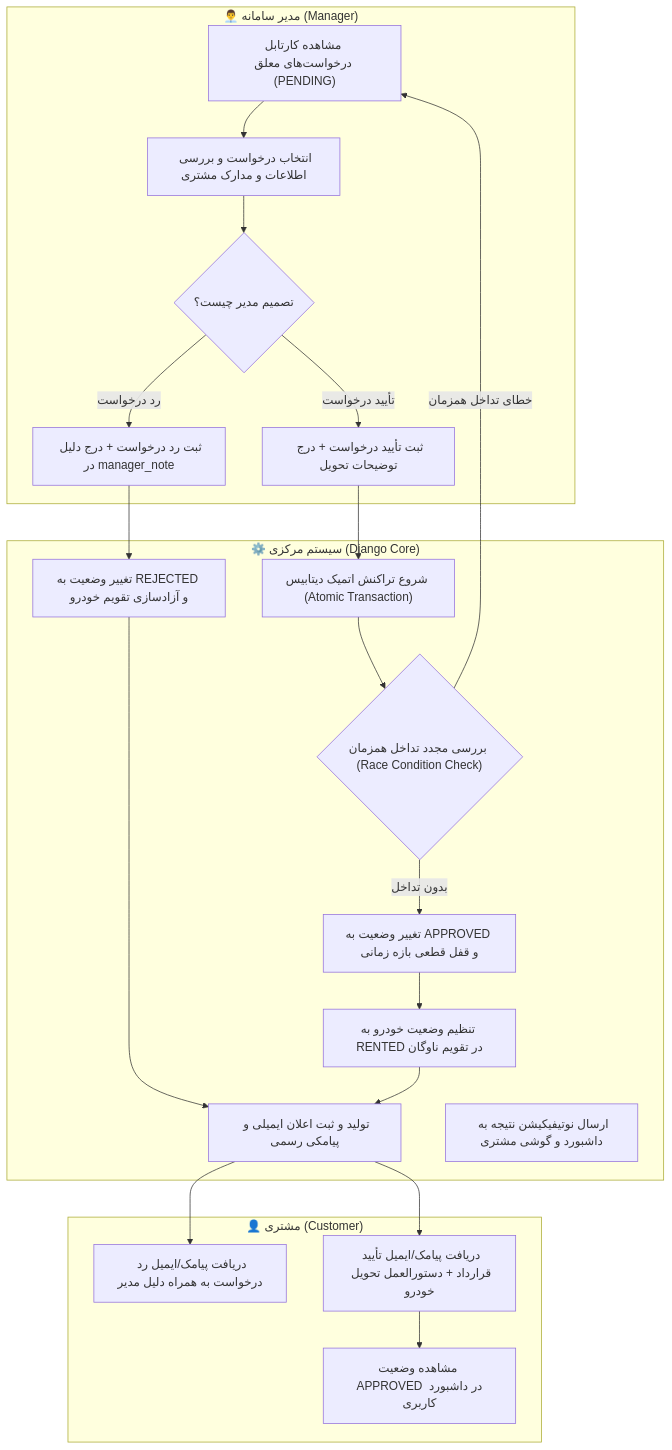
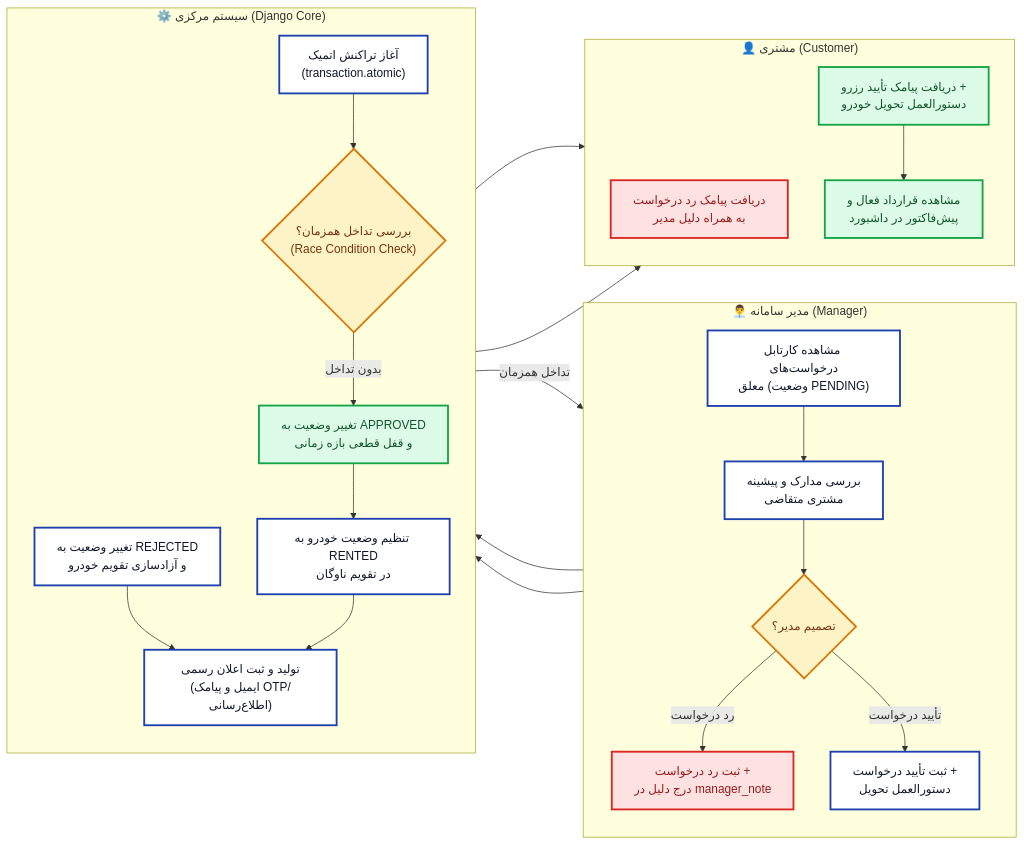
Before and after one commit to SoroushHamedi-Net/django-car-rental-project: the second of 4 diagrams in README.md, drawn with Mermaid. The commit also changed other lines of this file and 14 other files, not shown here.

First line of the commit message:
docs(diagrams): upgrade process diagrams to 3x Retina HD with compact readable layout

````diff
--- a/README.md
+++ b/README.md
@@ -98,40 +105,40 @@
 ```mermaid
-flowchart TD
+flowchart LR
     subgraph Manager ["👨‍💼 مدیر سامانه (Manager)"]
-        M1["مشاهده کارتابل درخواست‌های معلق (PENDING)"] --> M2["انتخاب درخواست و بررسی اطلاعات و مدارک مشتری"]
-        M2 --> M3{"تصمیم مدیر چیست؟"}
-        M4["ثبت رد درخواست + درج دلیل در manager_note"]
-        M5["ثبت تأیید درخواست + درج توضیحات تحویل"]
+        direction TB
+        M1["مشاهده کارتابل درخواست‌های<br/>معلق (وضعیت PENDING)"] --> M2["بررسی مدارک و پیشینه<br/>مشتری متقاضی"]
+        M2 --> M_DEC{"تصمیم مدیر؟"}
+        M_REJ["ثبت رد درخواست +<br/>درج دلیل در manager_note"]
+        M_APP["ثبت تأیید درخواست +<br/>دستورالعمل تحویل"]
     end
 
     subgraph System ["⚙️ سیستم مرکزی (Django Core)"]
-        S1["شروع تراکنش اتمیک دیتابیس (Atomic Transaction)"]
-        S2{"بررسی مجدد تداخل همزمان (Race Condition Check)"}
-        S3["تغییر وضعیت به REJECTED و آزادسازی تقویم خودرو"]
-        S4["تغییر وضعیت به APPROVED و قفل قطعی بازه زمانی"]
-        S5["تنظیم وضعیت خودرو به RENTED در تقویم ناوگان"]
-        S6["تولید و ثبت اعلان ایمیلی و پیامکی رسمی"]
-        S7["ارسال نوتیفیکیشن نتیجه به داشبورد و گوشی مشتری"]
+        direction TB
+        S_ATOMIC["آغاز تراکنش اتمیک<br/>(transaction.atomic)"]
+        S_CHECK{"بررسی تداخل همزمان؟<br/>(Race Condition Check)"}
+        S_SET_REJ["تغییر وضعیت به REJECTED<br/>و آزادسازی تقویم خودرو"]
+        S_SET_APP["تغییر وضعیت به APPROVED<br/>و قفل قطعی بازه زمانی"]
+        S_CAR_STATUS["تنظیم وضعیت خودرو به RENTED<br/>در تقویم ناوگان"]
+        S_NOTIF["تولید و ثبت اعلان رسمی<br/>(ایمیل و پیامک OTP/اطلاع‌رسانی)"]
     end
 
     subgraph Customer ["👤 مشتری (Customer)"]
-        C1["دریافت پیامک/ایمیل رد درخواست به همراه دلیل مدیر"]
-        C2["دریافت پیامک/ایمیل تأیید قرارداد + دستورالعمل تحویل خودرو"]
-        C3["مشاهده وضعیت APPROVED در داشبورد کاربری"]
+        direction TB
+        C_REJ["دریافت پیامک رد درخواست<br/>به همراه دلیل مدیر"]
+        C_APP["دریافت پیامک تأیید رزرو +<br/>دستورالعمل تحویل خودرو"]
+        C_DASH["مشاهده قرارداد فعال و<br/>پیش‌فاکتور در داشبورد"]
     end
 
-    M3 -- "رد درخواست" --> M4
-    M4 --> S3
-    S3 --> S6
-    S6 --> C1
+    M_DEC -- "رد درخواست" --> M_REJ --> S_SET_REJ --> S_NOTIF --> C_REJ
+    M_DEC -- "تأیید درخواست" --> M_APP --> S_ATOMIC --> S_CHECK
+    S_CHECK -- "تداخل همزمان" --> M1
+    S_CHECK -- "بدون تداخل" --> S_SET_APP --> S_CAR_STATUS --> S_NOTIF --> C_APP --> C_DASH
 
-    M3 -- "تأیید درخواست" --> M5
-    M5 --> S1
-    S1 --> S2
-    S2 -- "خطای تداخل همزمان" --> M1
-    S2 -- "بدون تداخل" --> S4
-    S4 --> S5
-    S5 --> S6
-    S6 --> C2
-    C2 --> C3
+    classDef default fill:#ffffff,stroke:#1e40af,stroke-width:2.5px,color:#0f172a;
+    classDef decision fill:#fef3c7,stroke:#d97706,stroke-width:2.5px,color:#78350f;
+    classDef error fill:#fee2e2,stroke:#dc2626,stroke-width:2.5px,color:#991b1b;
+    classDef success fill:#dcfce7,stroke:#16a34a,stroke-width:2.5px,color:#14532d;
+    class M_DEC,S_CHECK decision;
+    class M_REJ,C_REJ error;
+    class S_SET_APP,C_APP,C_DASH success;
 ```
````
